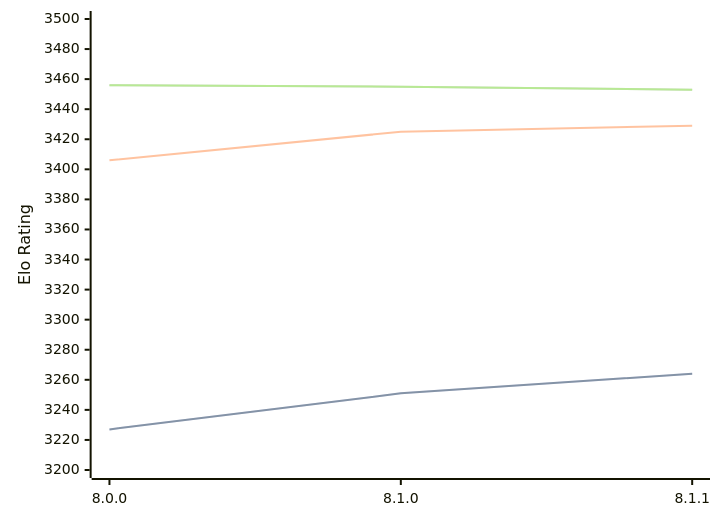
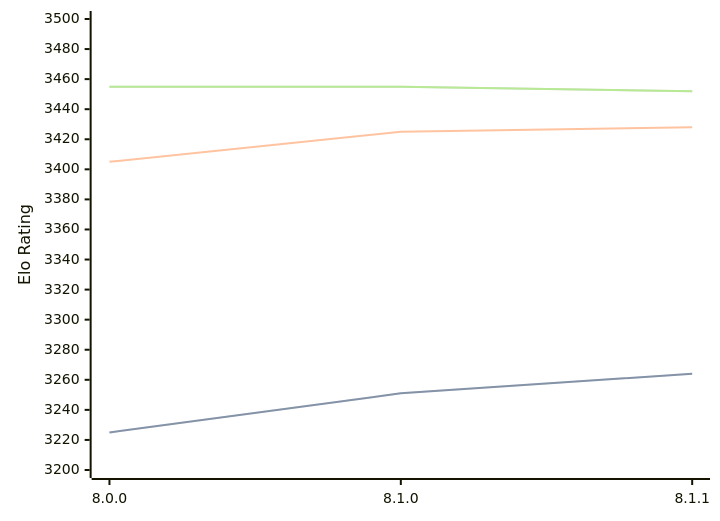
One commit to computer-chess-index/cci changed the first of 3 diagrams in engines/Velvet.md. Above: the diagram before and after it, drawn with Mermaid. The commit also changed other lines of this file, not shown here.

Commit message:
Update CCI Ratings (ELO VLTC) - 2026-06-19

````diff
--- a/engines/Velvet.md
+++ b/engines/Velvet.md
@@ -57,11 +57,11 @@
 ```mermaid
 %%{init: {"theme":"base","themeVariables":{"seriesColors:['#a3a3a3','#222221','#faa371']}}}%%
 xychart-beta
   x-axis ["8.0.0", "8.1.0", "8.1.1"]
   y-axis "Elo Rating" 3200 --> 3500
-  line "STC (8.0+0.08s)" [3227, 3251, 3264]
-  line "STC (8.0+0.08s)" [3227, 3251, 3264]
-  line "LTC (60.0+0.60s)" [3406, 3425, 3429]
-  line "VLTC (2m24s+1.12s)" [3456, 3455, 3453]
-  line "VLTC (2m24s+1.12s)" [3456, 3455, 3453]
+  line "STC (8.0+0.08s)" [3225, 3251, 3264]
+  line "STC (8.0+0.08s)" [3225, 3251, 3264]
+  line "LTC (60.0+0.60s)" [3405, 3425, 3428]
+  line "VLTC (2m24s+1.12s)" [3455, 3455, 3452]
+  line "VLTC (2m24s+1.12s)" [3455, 3455, 3452]
 ```
````
